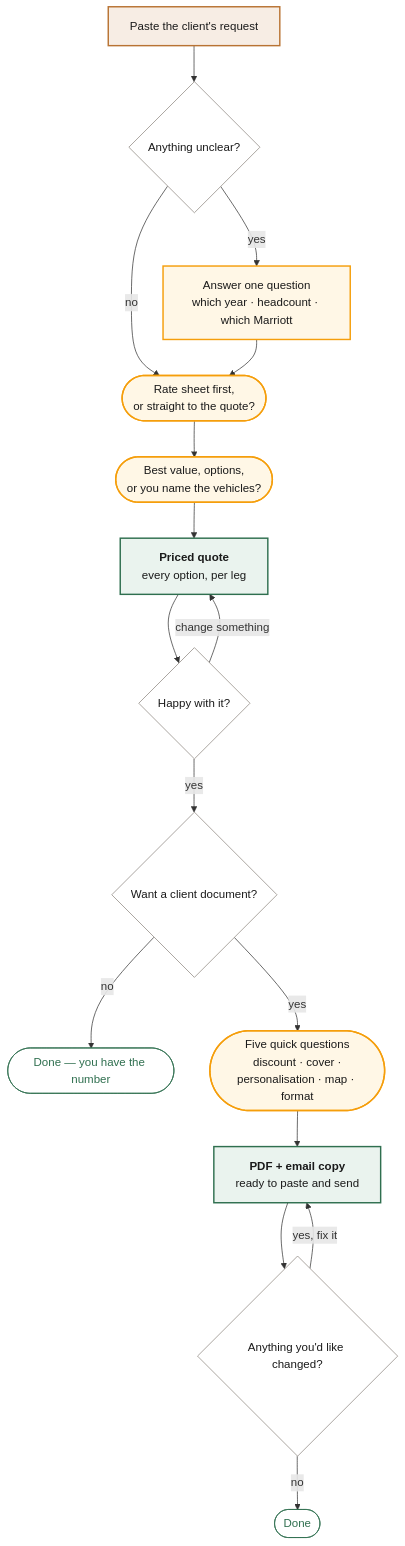
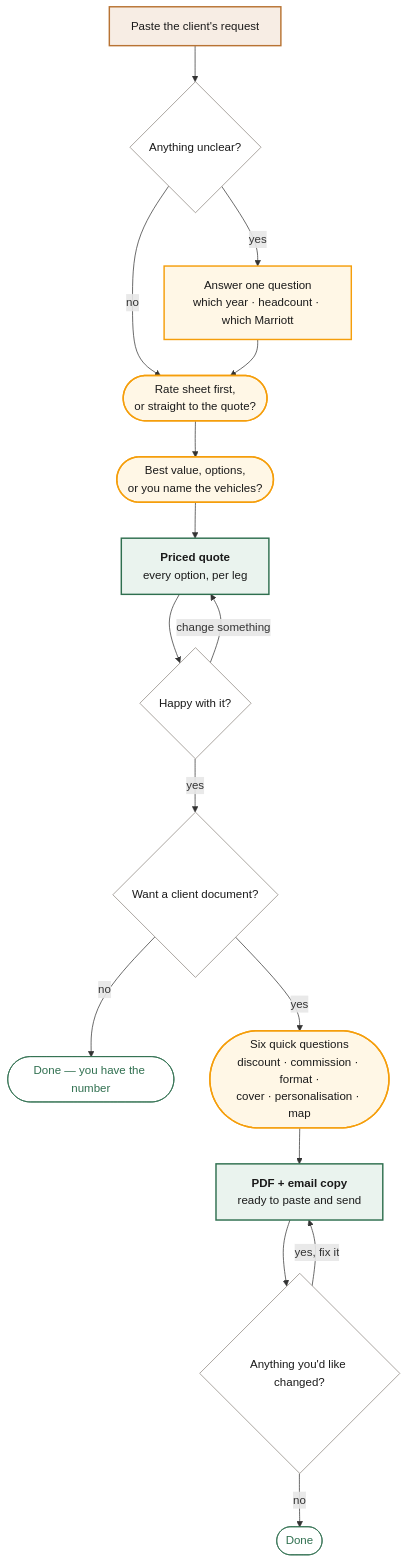
The diagram in docs/diagrams/seller-flow.mmd (abhargava6/Savoya-Plugin), drawn with Mermaid before and after one commit. The commit also changed 18 other files, not shown here.

First line of the commit message:
R110, R111: the format is asked before cover and map; no "attached PDF" without a PDF

```diff
--- a/docs/diagrams/seller-flow.mmd
+++ b/docs/diagrams/seller-flow.mmd
@@ -1,29 +1,29 @@
 %% savoya-quoting 0.23.1 — the seller's view (no tools, no scripts)
 %% The version to show sales. FIVE document questions: the fuel question is gone (C3).
 flowchart TD
     A["Paste the client's request"] --> BQ{"Anything unclear?"}
     BQ -->|yes| C["Answer one question<br/>which year · headcount · which Marriott"]
     BQ -->|no| D
     C --> D(["Rate sheet first,<br/>or straight to the quote?"])
     D --> E(["Best value, options,<br/>or you name the vehicles?"])
     E --> F["<b>Priced quote</b><br/>every option, per leg"]
     F --> GQ{"Happy with it?"}
     GQ -->|change something| F
     GQ -->|yes| HQ{"Want a client document?"}
     HQ -->|no| DONE1(["Done — you have the number"])
-    HQ -->|yes| J(["Five quick questions<br/>discount · cover ·<br/>personalisation · map · format"])
+    HQ -->|yes| J(["Six quick questions<br/>discount · commission · format ·<br/>cover · personalisation · map"])
     J --> K["<b>PDF + email copy</b><br/>ready to paste and send"]
     K --> LQ{"Anything you'd like changed?"}
     LQ -->|yes, fix it| K
     LQ -->|no| DONE2(["Done"])
 
     classDef begin fill:#F7EDE4,stroke:#B87333,stroke-width:2px,color:#1A1A1A
     classDef question fill:#FFF7E6,stroke:#F59E0B,stroke-width:2px,color:#1A1A1A
     classDef branch fill:#FFFFFF,stroke:#8A837C,color:#1A1A1A
     classDef output fill:#EAF3EE,stroke:#2F6F4F,stroke-width:2px,color:#1A1A1A
     classDef finish fill:#FFFFFF,stroke:#2F6F4F,color:#2F6F4F
     class A begin
     class C,D,E,J question
     class BQ,GQ,HQ,LQ branch
     class F,K output
     class DONE1,DONE2 finish
```
